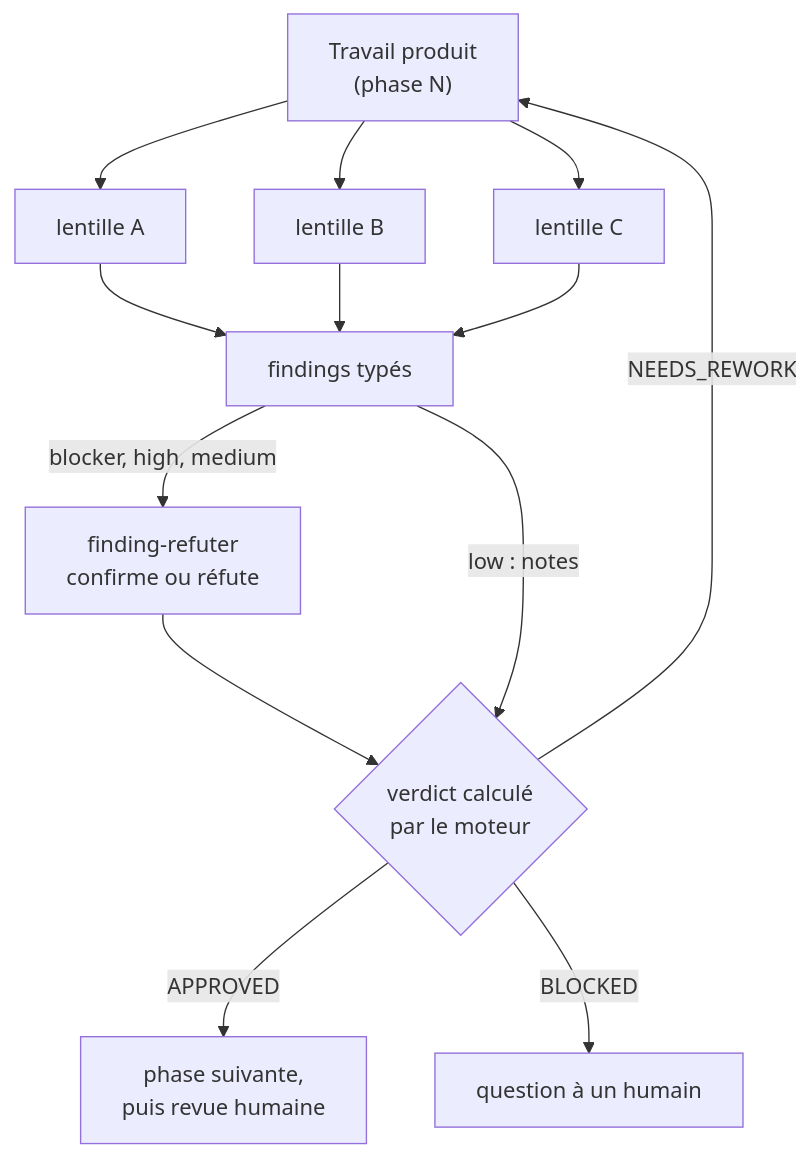
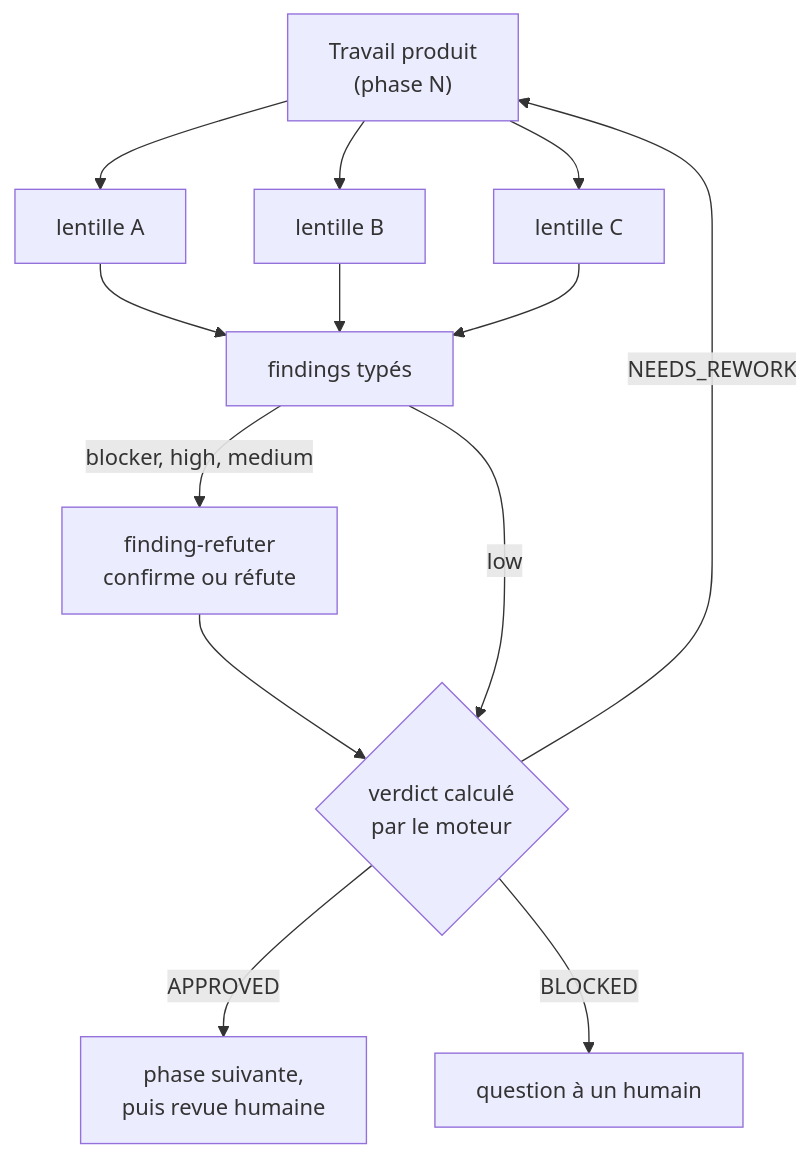
One commit to SebastienDegodez/skraft-plugin changed the diagram in docs/website/i18n/fr/docusaurus-plugin-content-docs/current/explanation/deep-dive/review-before-review.md. Above: the diagram before and after it, drawn with Mermaid. The commit also changed other lines of this file and 47 other files, not shown here.

````diff
--- a/docs/website/i18n/fr/docusaurus-plugin-content-docs/current/explanation/deep-dive/review-before-review.md
+++ b/docs/website/i18n/fr/docusaurus-plugin-content-docs/current/explanation/deep-dive/review-before-review.md
@@ -46,11 +46,11 @@
 ```mermaid
 flowchart TB
     W["Travail produit<br/>(phase N)"] --> L1["lentille A"] & L2["lentille B"] & L3["lentille C"]
     L1 & L2 & L3 --> F["findings typés"]
     F -->|blocker, high, medium| R["finding-refuter<br/>confirme ou réfute"]
     R --> V{"verdict calculé<br/>par le moteur"}
-    F -->|low : notes| V
+    F -->|low| V
     V -->|APPROVED| N["phase suivante,<br/>puis revue humaine"]
     V -->|NEEDS_REWORK| W
     V -->|BLOCKED| H["question à un humain"]
 ```
````
